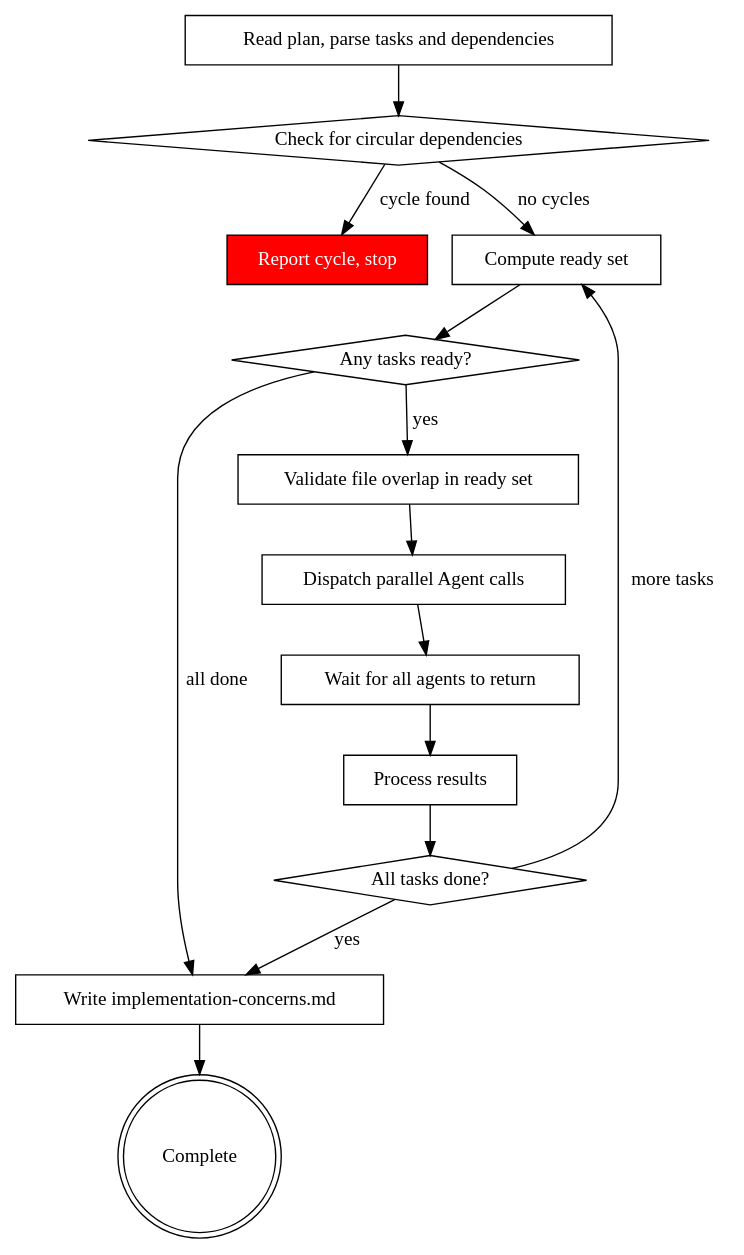
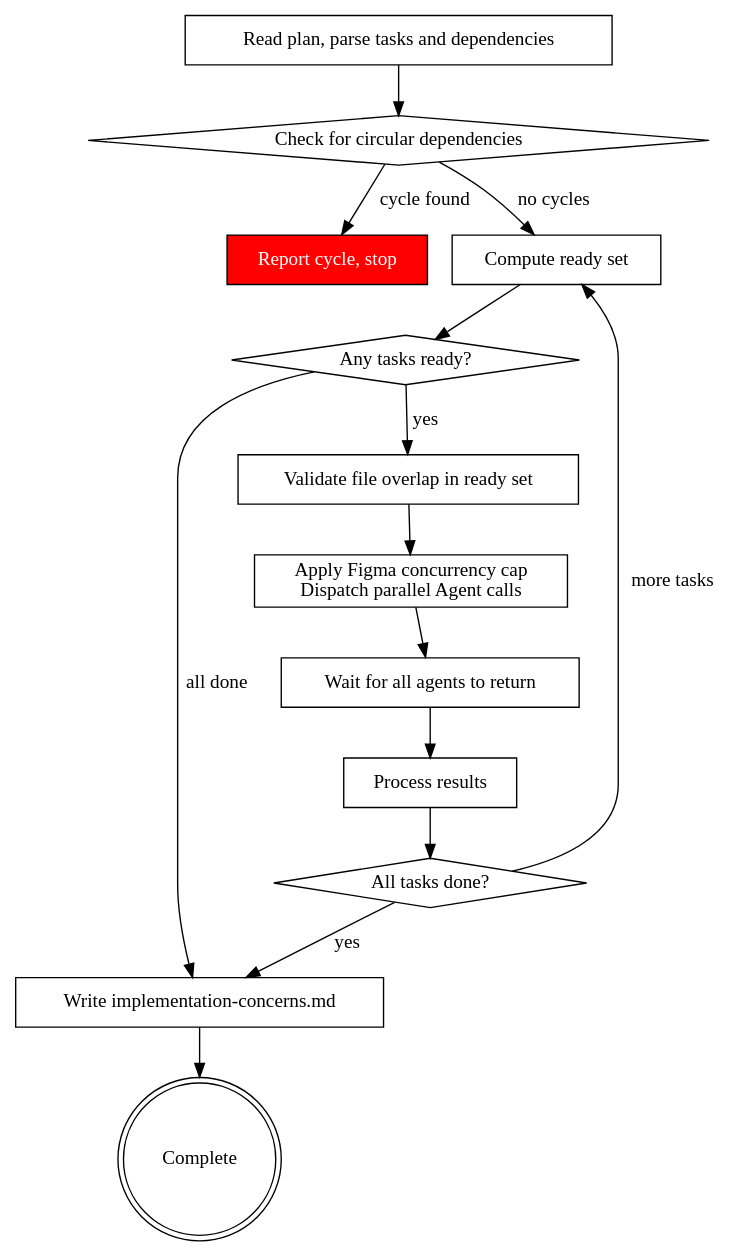
One commit to iclinic/afyapowers changed the diagram in skills/subagent-driven-development/SKILL.md. Above: the diagram before and after it, drawn with Graphviz. The commit also changed other lines of this file and 1 other file, not shown here.

Commit message:
feat: limit concurrency for figma tasks + add best practices

````diff
--- a/skills/subagent-driven-development/SKILL.md
+++ b/skills/subagent-driven-development/SKILL.md
@@ -14,32 +14,32 @@
 ```dot
 digraph process {
     rankdir=TB;
 
     "Read plan, parse tasks and dependencies" [shape=box];
     "Check for circular dependencies" [shape=diamond];
     "Report cycle, stop" [shape=box, style=filled, fillcolor=red, fontcolor=white];
     "Compute ready set" [shape=box];
     "Any tasks ready?" [shape=diamond];
     "Validate file overlap in ready set" [shape=box];
-    "Dispatch parallel Agent calls" [shape=box];
+    "Apply Figma concurrency cap\nDispatch parallel Agent calls" [shape=box];
     "Wait for all agents to return" [shape=box];
     "Process results" [shape=box];
     "All tasks done?" [shape=diamond];
     "Write implementation-concerns.md" [shape=box];
     "Complete" [shape=doublecircle];
 
     "Read plan, parse tasks and dependencies" -> "Check for circular dependencies";
     "Check for circular dependencies" -> "Report cycle, stop" [label="cycle found"];
     "Check for circular dependencies" -> "Compute ready set" [label="no cycles"];
     "Compute ready set" -> "Any tasks ready?";
     "Any tasks ready?" -> "Write implementation-concerns.md" [label="all done"];
     "Any tasks ready?" -> "Validate file overlap in ready set" [label="yes"];
-    "Validate file overlap in ready set" -> "Dispatch parallel Agent calls";
-    "Dispatch parallel Agent calls" -> "Wait for all agents to return";
+    "Validate file overlap in ready set" -> "Apply Figma concurrency cap\nDispatch parallel Agent calls";
+    "Apply Figma concurrency cap\nDispatch parallel Agent calls" -> "Wait for all agents to return";
     "Wait for all agents to return" -> "Process results";
     "Process results" -> "All tasks done?";
     "All tasks done?" -> "Compute ready set" [label="more tasks"];
     "All tasks done?" -> "Write implementation-concerns.md" [label="yes"];
     "Write implementation-concerns.md" -> "Complete";
 }
 ```
````
